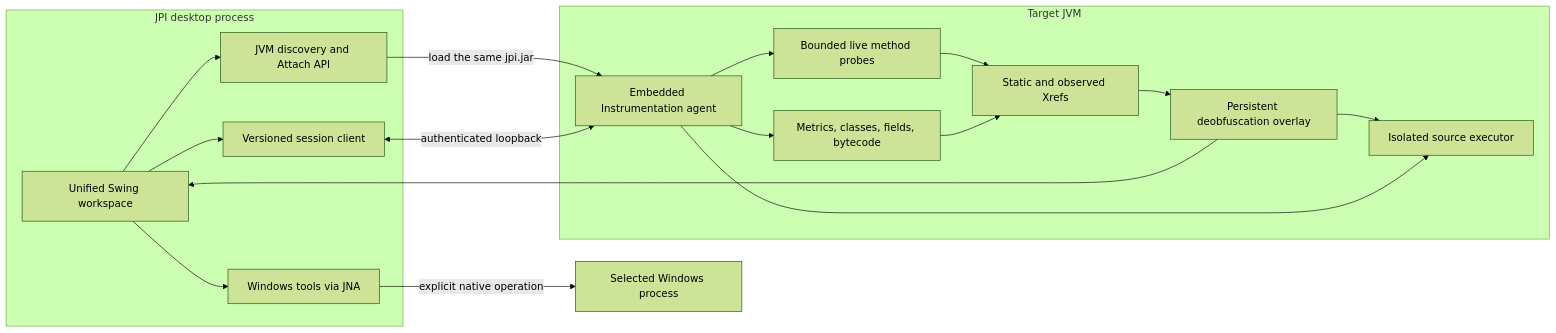
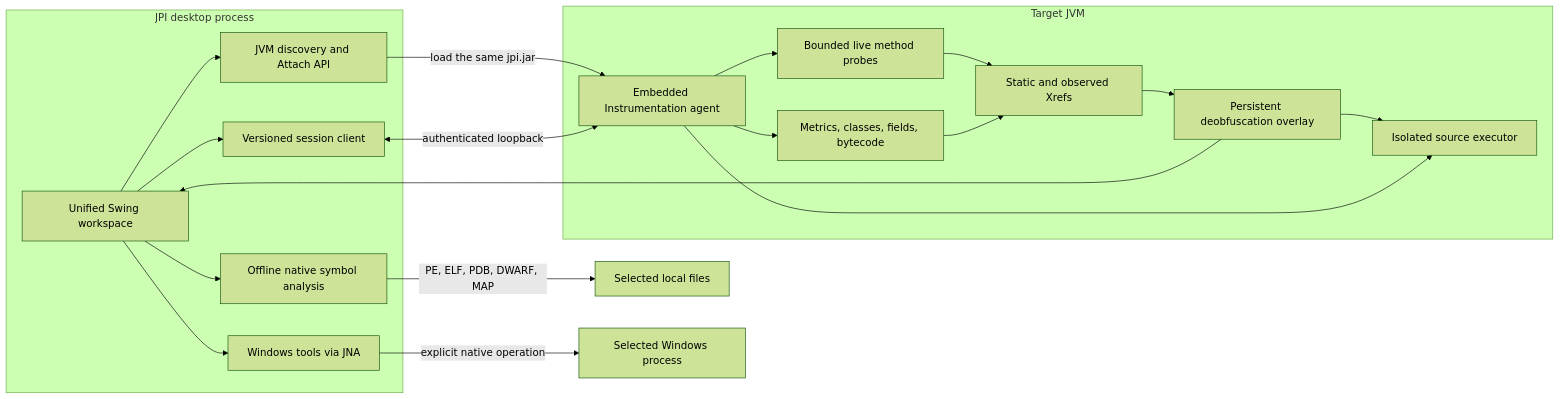
One commit to 0WhiteDev/Java-Process-Inspector changed the diagram in README.md. Above: the diagram before and after it, drawn with Mermaid (forest theme). The commit also changed other lines of this file and 20 other files, not shown here.

Commit message:
feat: add native debug symbol analysis workspace

````diff
--- a/README.md
+++ b/README.md
@@ -330,31 +352,34 @@
 ```mermaid
 flowchart LR
   subgraph controller [JPI desktop process]
     GUI[Unified Swing workspace]
     ATTACH[JVM discovery and Attach API]
     CLIENT[Versioned session client]
     WIN[Windows tools via JNA]
+    SYMBOLS[Offline native symbol analysis]
   end
   subgraph target [Target JVM]
     AGENT[Embedded Instrumentation agent]
     INSPECT[Metrics, classes, fields, bytecode]
     TRACE[Bounded live method probes]
     XREF[Static and observed Xrefs]
     MAP[Persistent deobfuscation overlay]
     EXEC[Isolated source executor]
   end
   GUI --> ATTACH
   ATTACH -->|load the same jpi.jar| AGENT
   GUI --> CLIENT
   CLIENT <-->|authenticated loopback| AGENT
   AGENT --> INSPECT
   AGENT --> TRACE
   TRACE --> XREF
   INSPECT --> XREF
   XREF --> MAP
   MAP --> GUI
   MAP --> EXEC
   AGENT --> EXEC
   GUI --> WIN
+  GUI --> SYMBOLS
+  SYMBOLS -->|PE, ELF, PDB, DWARF, MAP| FILES[Selected local files]
   WIN -->|explicit native operation| OS[Selected Windows process]
 ```
````
